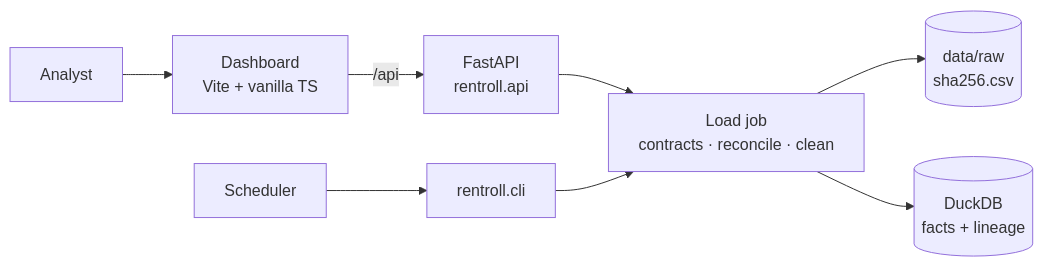
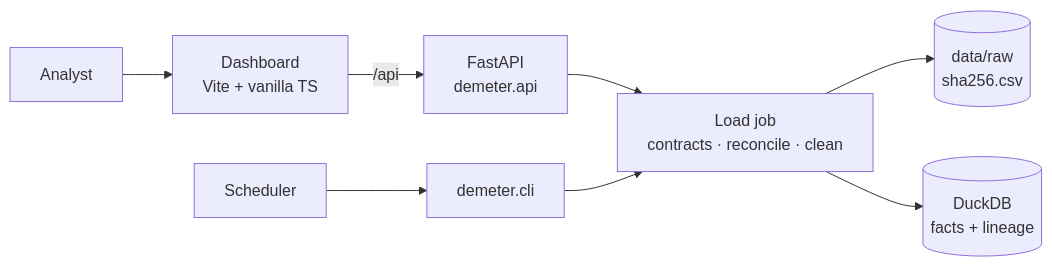
Before and after one commit to Legion91919/demeter: the diagram in README.md, drawn with Mermaid. The commit also changed other lines of this file and 38 other files, not shown here.

````diff
--- a/README.md
+++ b/README.md
@@ -10,10 +10,10 @@
 ```mermaid
 flowchart LR
   analyst[Analyst] --> web[Dashboard<br/>Vite + vanilla TS]
-  web -- /api --> api[FastAPI<br/>rentroll.api]
-  sched[Scheduler] --> cli[rentroll.cli]
+  web -- /api --> api[FastAPI<br/>demeter.api]
+  sched[Scheduler] --> cli[demeter.cli]
   api --> jobs[Load job<br/>contracts · reconcile · clean]
   cli --> jobs
   jobs --> raw[(data/raw<br/>sha256.csv)]
   jobs --> duck[(DuckDB<br/>facts + lineage)]
 ```
````
